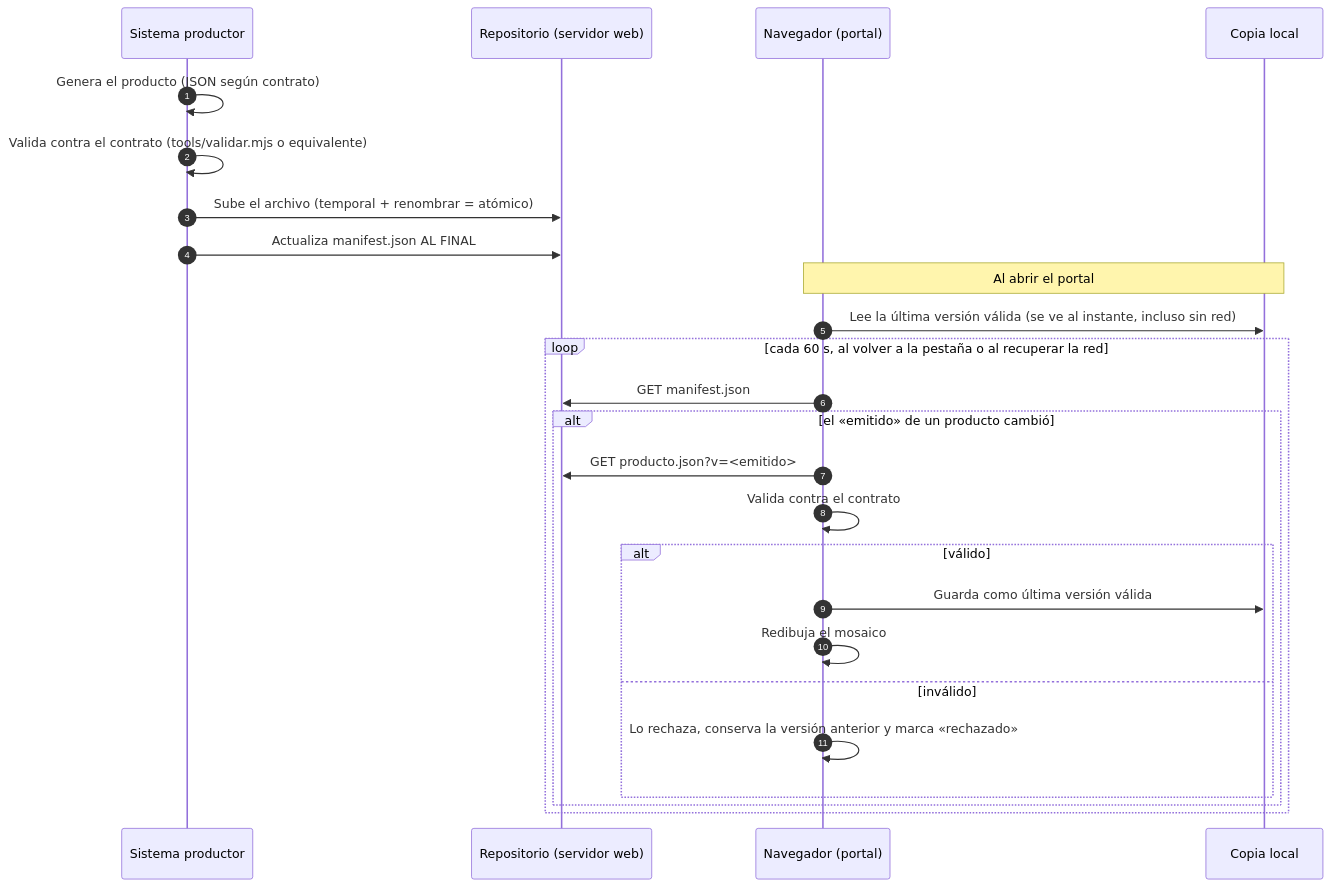
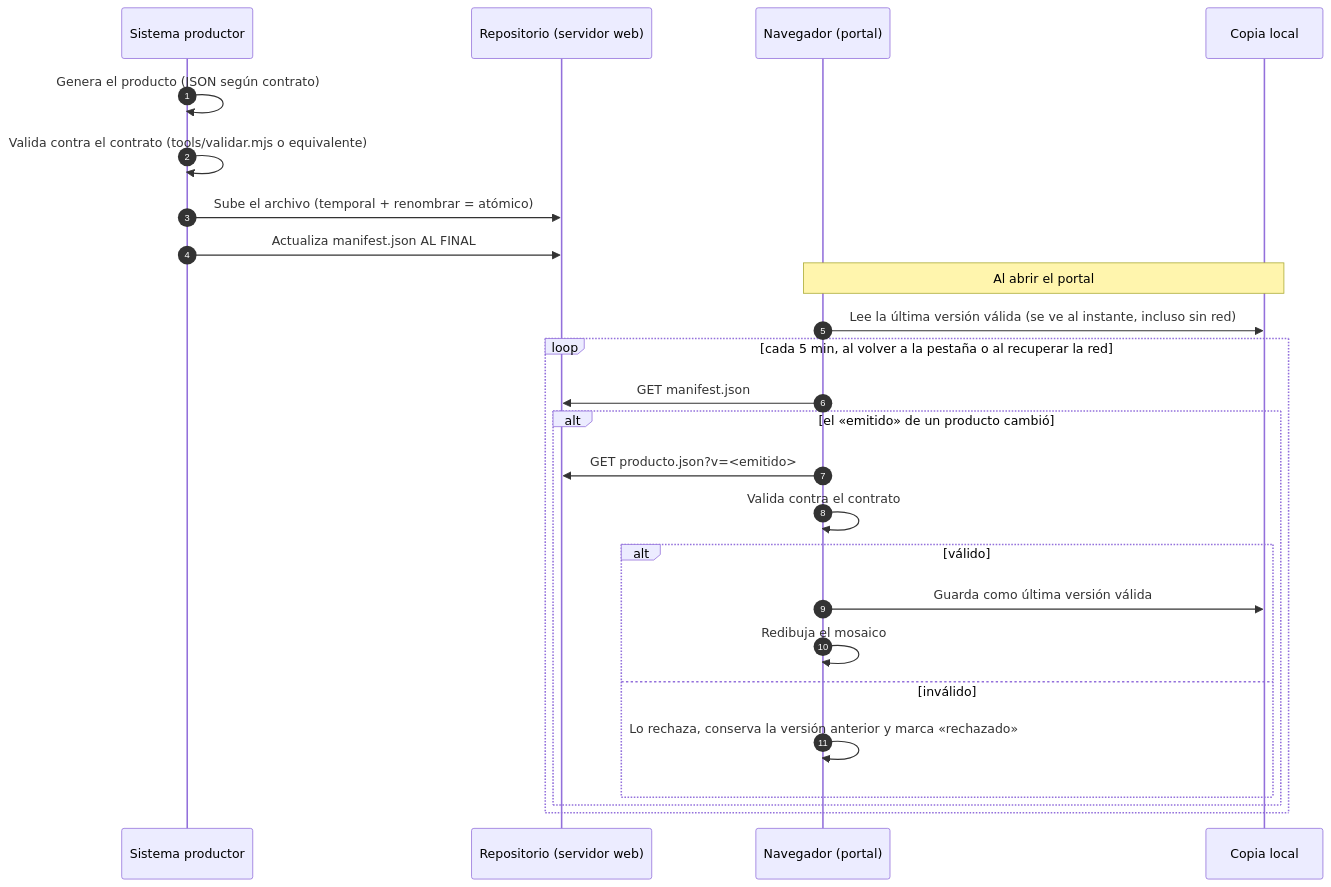
One commit to franklinsilva99/miniobservatorio changed the diagram in portal/docs/arquitectura.md. Above: the diagram before and after it, drawn with Mermaid. The commit also changed other lines of this file and 16 other files, not shown here.

````diff
--- a/portal/docs/arquitectura.md
+++ b/portal/docs/arquitectura.md
@@ -68,28 +68,28 @@
 ```mermaid
 sequenceDiagram
     autonumber
     participant P as Sistema productor
     participant R as Repositorio (servidor web)
     participant N as Navegador (portal)
     participant L as Copia local
 
     P->>P: Genera el producto (JSON según contrato)
     P->>P: Valida contra el contrato (tools/validar.mjs o equivalente)
     P->>R: Sube el archivo (temporal + renombrar = atómico)
     P->>R: Actualiza manifest.json AL FINAL
     Note over N,L: Al abrir el portal
     N->>L: Lee la última versión válida (se ve al instante, incluso sin red)
-    loop cada 60 s, al volver a la pestaña o al recuperar la red
+    loop cada 5 min, al volver a la pestaña o al recuperar la red
         N->>R: GET manifest.json
         alt el «emitido» de un producto cambió
             N->>R: GET producto.json?v=<emitido>
             N->>N: Valida contra el contrato
             alt válido
                 N->>L: Guarda como última versión válida
                 N->>N: Redibuja el mosaico
             else inválido
                 N->>N: Lo rechaza, conserva la versión anterior y marca «rechazado»
             end
         end
     end
 ```
````
